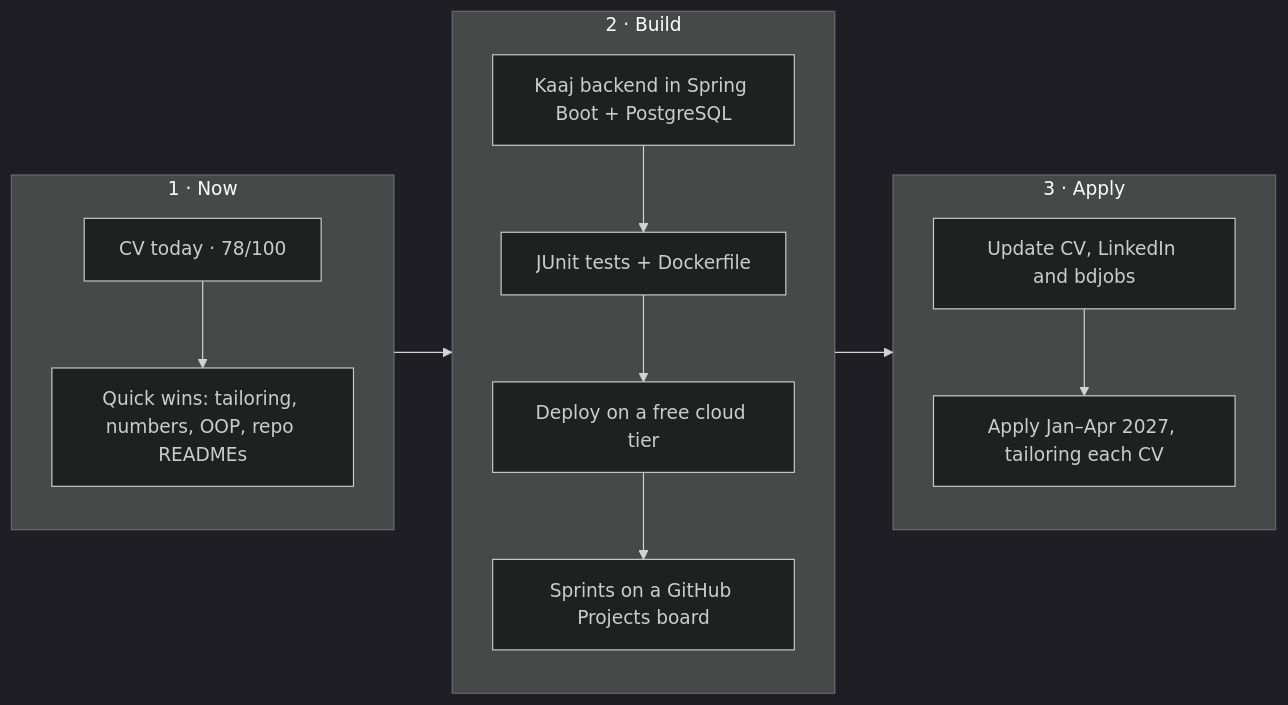
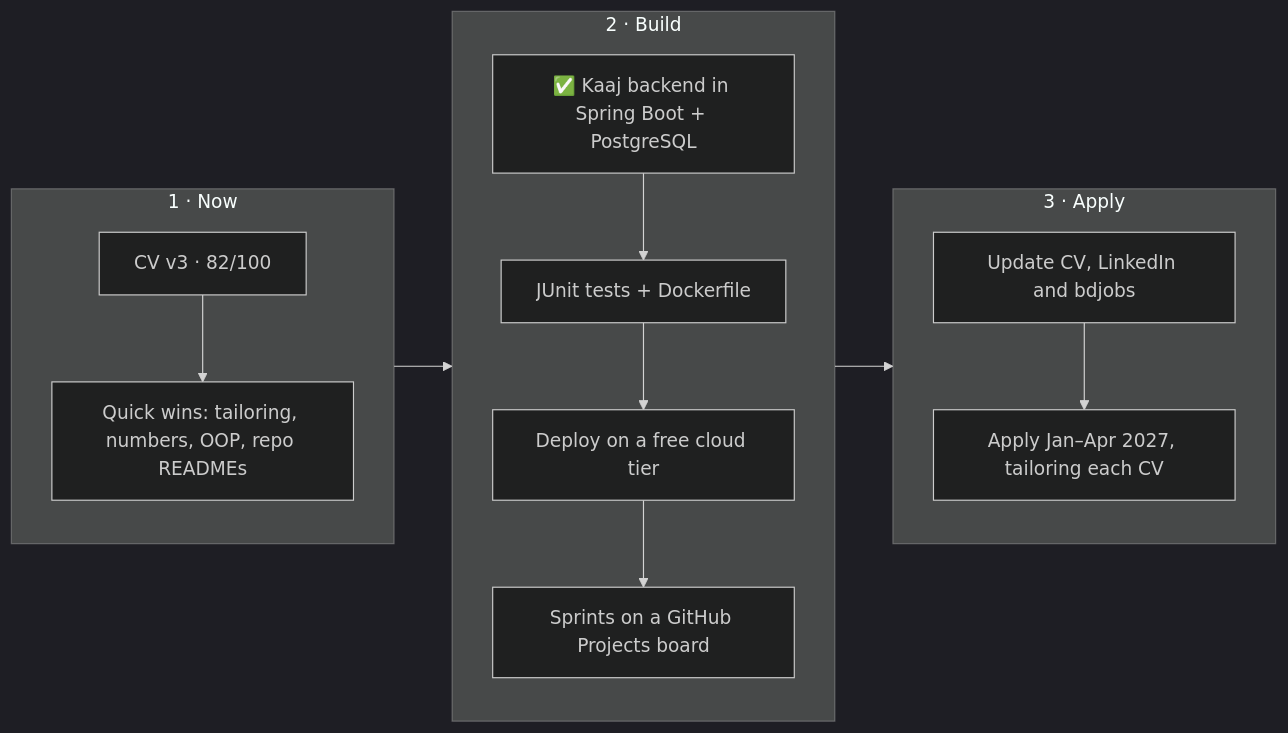
One commit to ahsanauddry027/AhsanHabib_CV changed the second of 3 diagrams in README.md. Above: the diagram before and after it, drawn with Mermaid (dark theme). The commit also changed other lines of this file and 3 other files, not shown here.

First line of the commit message:
CV v3: add Kaaj (Spring Boot + PostgreSQL), auto-build the PDF

````diff
--- a/README.md
+++ b/README.md
@@ -210,18 +210,18 @@
 ```mermaid
 flowchart LR
     subgraph S1["1 · Now"]
         direction TB
-        A["CV today · 78/100"] --> B["Quick wins: tailoring, numbers, OOP, repo READMEs"]
+        A["CV v3 · 82/100"] --> B["Quick wins: tailoring, numbers, OOP, repo READMEs"]
     end
     subgraph S2["2 · Build"]
         direction TB
-        C["Kaaj backend in Spring Boot + PostgreSQL"] --> D["JUnit tests + Dockerfile"]
+        C["✅ Kaaj backend in Spring Boot + PostgreSQL"] --> D["JUnit tests + Dockerfile"]
         D --> E["Deploy on a free cloud tier"]
         E --> F["Sprints on a GitHub Projects board"]
     end
     subgraph S3["3 · Apply"]
         direction TB
         G["Update CV, LinkedIn and bdjobs"] --> H["Apply Jan–Apr 2027, tailoring each CV"]
     end
     S1 --> S2 --> S3
 ```
````
